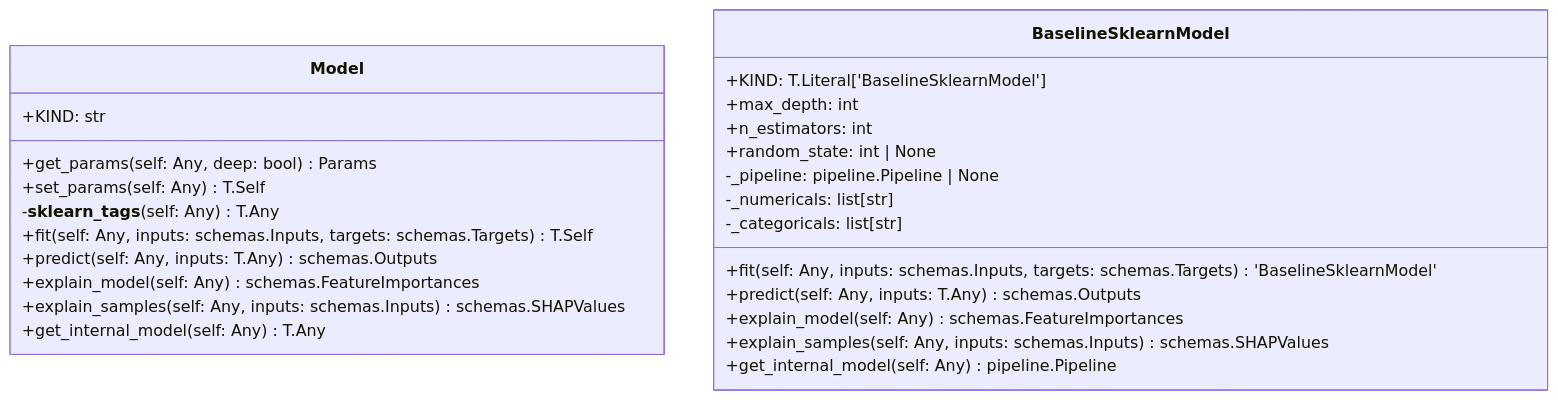
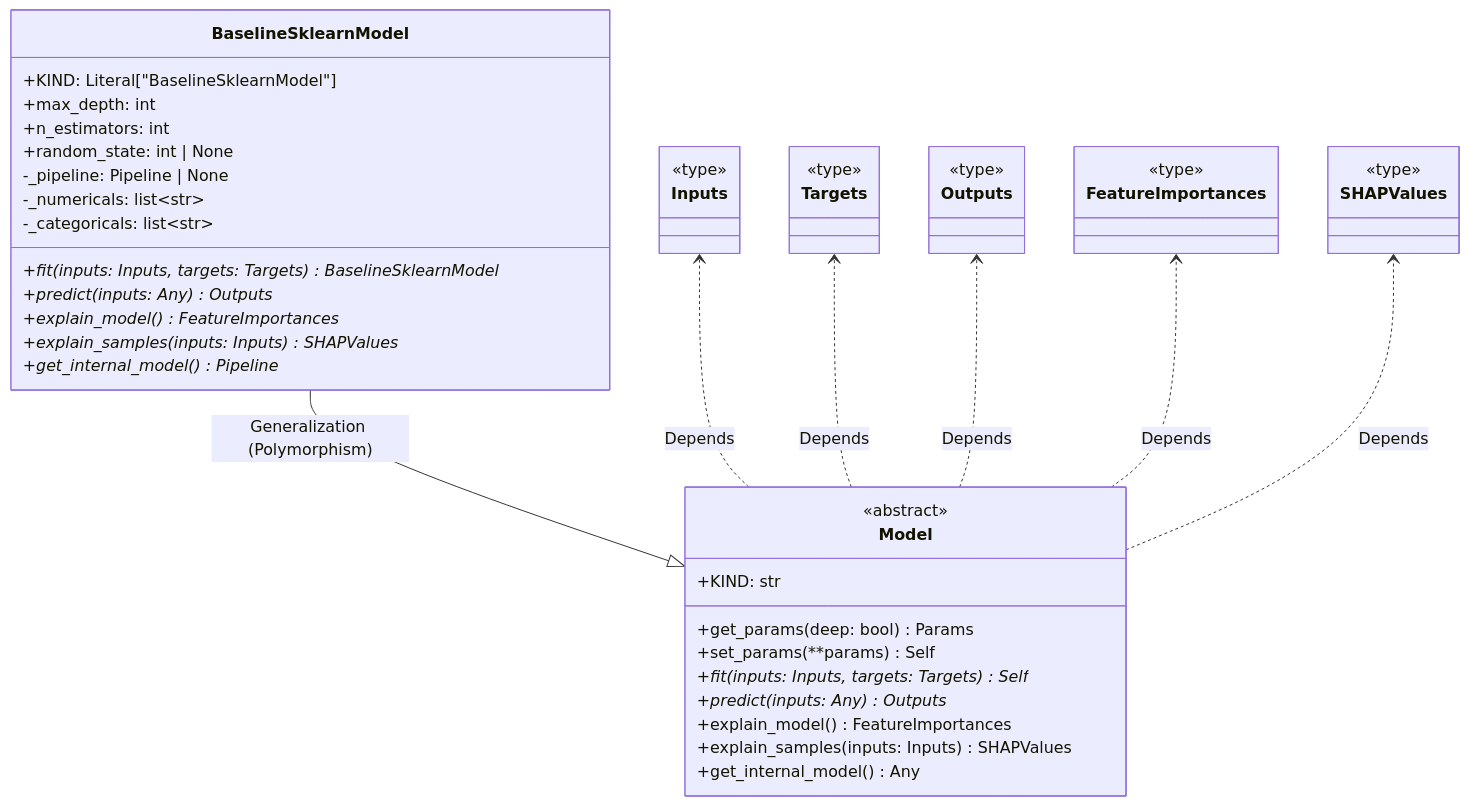
Before and after one commit to lgcorzo/mlops-python-package: the diagram in openwiki/modules/regression_model_template/core/models.md, drawn with Mermaid.

Commit message:
docs: enrich models class diagram with polymorphism and dependencies

````diff
--- a/openwiki/modules/regression_model_template/core/models.md
+++ b/openwiki/modules/regression_model_template/core/models.md
@@ -23,29 +23,54 @@
 ```mermaid
 classDiagram
     direction BT
+    
     class Model {
+        <<abstract>>
         +KIND: str
-        +get_params(self: Any, deep: bool) Params
-        +set_params(self: Any) T.Self
-        -__sklearn_tags__(self: Any) T.Any
-        +fit(self: Any, inputs: schemas.Inputs, targets: schemas.Targets) T.Self
-        +predict(self: Any, inputs: T.Any) schemas.Outputs
-        +explain_model(self: Any) schemas.FeatureImportances
-        +explain_samples(self: Any, inputs: schemas.Inputs) schemas.SHAPValues
-        +get_internal_model(self: Any) T.Any
+        +get_params(deep: bool) Params
+        +set_params(**params) Self
+        +fit(inputs: Inputs, targets: Targets)* Self
+        +predict(inputs: Any)* Outputs
+        +explain_model() FeatureImportances
+        +explain_samples(inputs: Inputs) SHAPValues
+        +get_internal_model() Any
     }
+
     class BaselineSklearnModel {
-        +KIND: T.Literal['BaselineSklearnModel']
+        +KIND: Literal["BaselineSklearnModel"]
         +max_depth: int
         +n_estimators: int
         +random_state: int | None
-        -_pipeline: pipeline.Pipeline | None
-        -_numericals: list[str]
-        -_categoricals: list[str]
-        +fit(self: Any, inputs: schemas.Inputs, targets: schemas.Targets) 'BaselineSklearnModel'
-        +predict(self: Any, inputs: T.Any) schemas.Outputs
-        +explain_model(self: Any) schemas.FeatureImportances
-        +explain_samples(self: Any, inputs: schemas.Inputs) schemas.SHAPValues
-        +get_internal_model(self: Any) pipeline.Pipeline
+        -_pipeline: Pipeline | None
+        -_numericals: list~str~
+        -_categoricals: list~str~
+        +fit(inputs: Inputs, targets: Targets)* BaselineSklearnModel
+        +predict(inputs: Any)* Outputs
+        +explain_model()* FeatureImportances
+        +explain_samples(inputs: Inputs)* SHAPValues
+        +get_internal_model()* Pipeline
     }
+
+    class Inputs {
+        <<type>>
+    }
+    class Targets {
+        <<type>>
+    }
+    class Outputs {
+        <<type>>
+    }
+    class FeatureImportances {
+        <<type>>
+    }
+    class SHAPValues {
+        <<type>>
+    }
+
+    Model <|-- BaselineSklearnModel : Generalization (Polymorphism)
+    Model ..> Inputs : Depends
+    Model ..> Targets : Depends
+    Model ..> Outputs : Depends
+    Model ..> FeatureImportances : Depends
+    Model ..> SHAPValues : Depends
 ```
````
